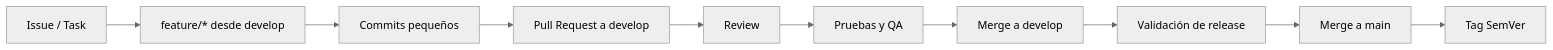
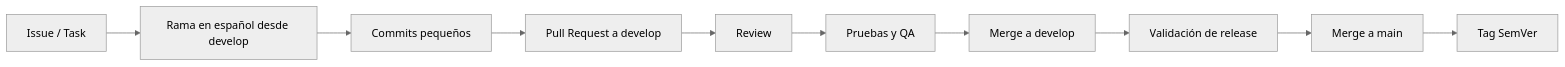
The diagram in docs/GIT_WORKFLOW.md (VictorGustavoVH/cemydi-mobile), drawn with Mermaid (neutral theme) before and after one commit. The commit also changed other lines of this file and 2 other files, not shown here.

````diff
--- a/docs/GIT_WORKFLOW.md
+++ b/docs/GIT_WORKFLOW.md
@@ -13,12 +13,12 @@
 ```mermaid
 flowchart LR
-  Issue[Issue / Task] --> Branch[feature/* desde develop]
+  Issue[Issue / Task] --> Branch[Rama en español desde develop]
   Branch --> Commits[Commits pequeños]
   Commits --> PR[Pull Request a develop]
   PR --> Review[Review]
   Review --> Tests[Pruebas y QA]
   Tests --> Develop[Merge a develop]
   Develop --> Release[Validación de release]
   Release --> Main[Merge a main]
   Main --> Tag[Tag SemVer]
 ```
````
